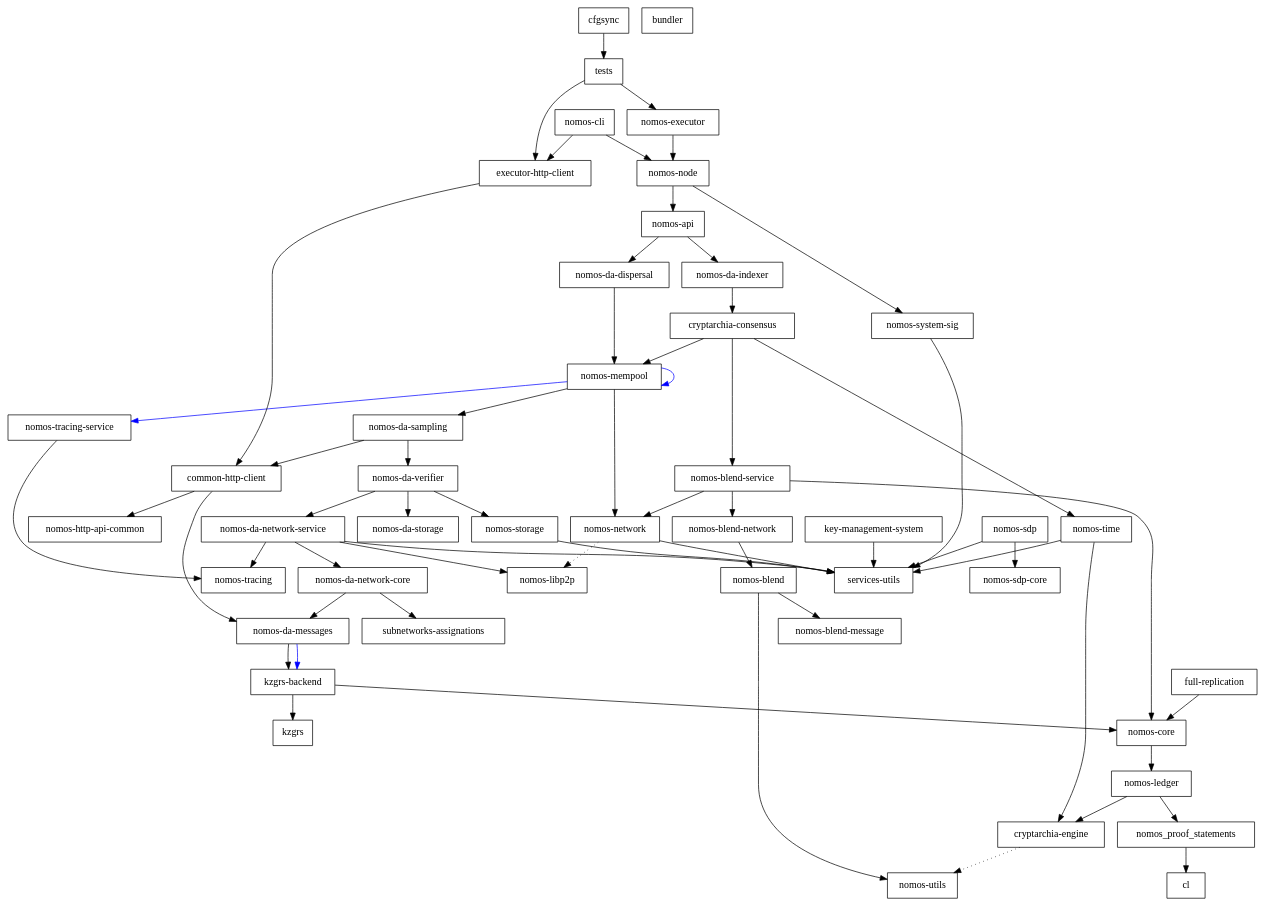
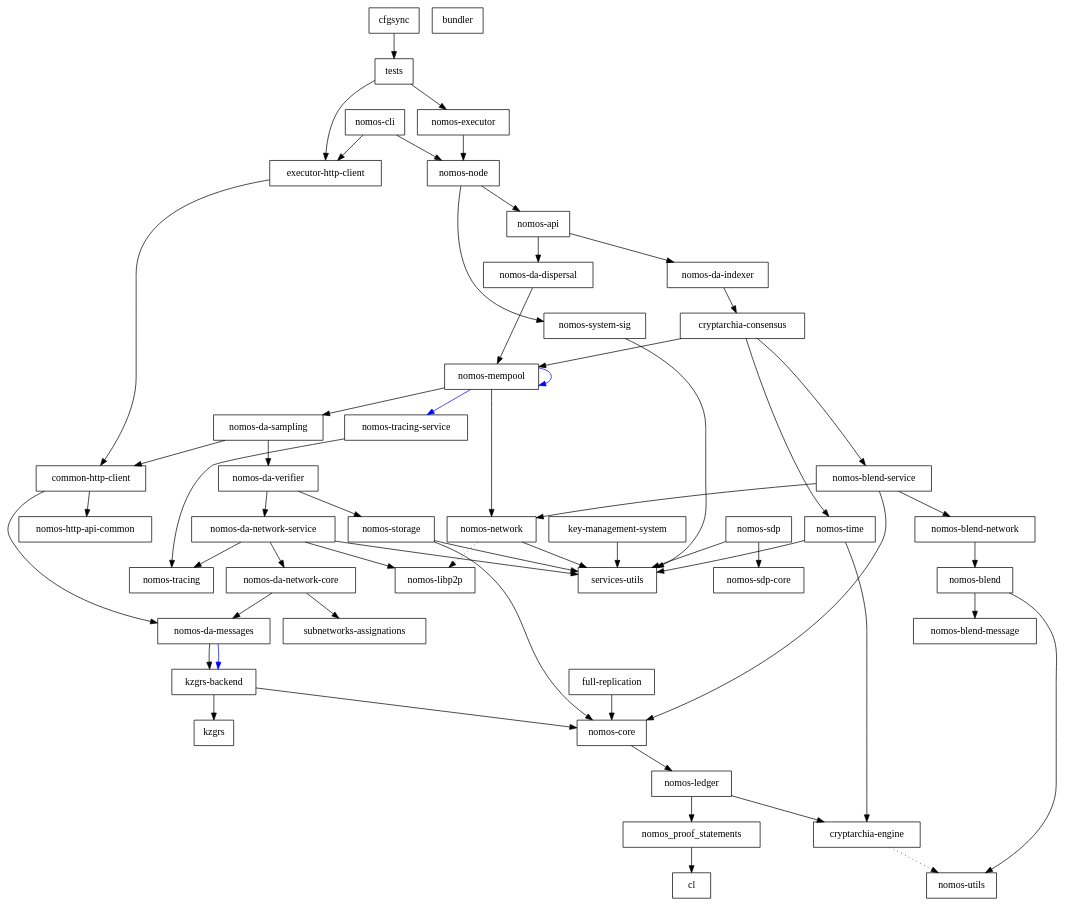
The diagram in dependencies_graph.dot (Astro521/logos-blockchain), drawn with Graphviz before and after one commit. The commit also changed 35 other files, not shown here.

```diff
--- a/dependencies_graph.dot
+++ b/dependencies_graph.dot
@@ -1,106 +1,105 @@
 digraph {
     0 [ label = "cryptarchia-engine" shape = box]
     1 [ label = "nomos-utils" shape = box]
     2 [ label = "nomos-ledger" shape = box]
     3 [ label = "cl" shape = box]
     4 [ label = "nomos_proof_statements" shape = box]
     5 [ label = "nomos-http-api-common" shape = box]
     6 [ label = "nomos-executor" shape = box]
     7 [ label = "kzgrs-backend" shape = box]
     8 [ label = "kzgrs" shape = box]
     9 [ label = "nomos-core" shape = box]
     10 [ label = "nomos-api" shape = box]
     11 [ label = "cryptarchia-consensus" shape = box]
     12 [ label = "nomos-blend-service" shape = box]
     13 [ label = "nomos-blend" shape = box]
     14 [ label = "nomos-blend-message" shape = box]
     15 [ label = "nomos-blend-network" shape = box]
     16 [ label = "nomos-libp2p" shape = box]
     17 [ label = "nomos-network" shape = box]
     18 [ label = "services-utils" shape = box]
     19 [ label = "nomos-da-sampling" shape = box]
     20 [ label = "common-http-client" shape = box]
     21 [ label = "nomos-da-messages" shape = box]
     22 [ label = "nomos-da-network-core" shape = box]
     23 [ label = "subnetworks-assignations" shape = box]
     24 [ label = "nomos-da-network-service" shape = box]
     25 [ label = "nomos-tracing" shape = box]
-    26 [ label = "nomos-da-storage" shape = box]
-    27 [ label = "nomos-da-verifier" shape = box]
-    28 [ label = "nomos-storage" shape = box]
-    29 [ label = "nomos-mempool" shape = box]
-    30 [ label = "nomos-tracing-service" shape = box]
-    31 [ label = "nomos-time" shape = box]
-    32 [ label = "nomos-da-dispersal" shape = box]
-    33 [ label = "nomos-da-indexer" shape = box]
-    34 [ label = "nomos-node" shape = box]
-    35 [ label = "nomos-system-sig" shape = box]
-    36 [ label = "executor-http-client" shape = box]
-    37 [ label = "bundler" shape = box]
-    38 [ label = "nomos-cli" shape = box]
-    39 [ label = "full-replication" shape = box]
-    40 [ label = "nomos-sdp-core" shape = box]
-    41 [ label = "key-management-system" shape = box]
-    42 [ label = "nomos-sdp" shape = box]
-    43 [ label = "cfgsync" shape = box]
-    44 [ label = "tests" shape = box]
+    26 [ label = "nomos-da-verifier" shape = box]
+    27 [ label = "nomos-storage" shape = box]
+    28 [ label = "nomos-mempool" shape = box]
+    29 [ label = "nomos-tracing-service" shape = box]
+    30 [ label = "nomos-time" shape = box]
+    31 [ label = "nomos-da-dispersal" shape = box]
+    32 [ label = "nomos-da-indexer" shape = box]
+    33 [ label = "nomos-node" shape = box]
+    34 [ label = "nomos-system-sig" shape = box]
+    35 [ label = "executor-http-client" shape = box]
+    36 [ label = "bundler" shape = box]
+    37 [ label = "nomos-cli" shape = box]
+    38 [ label = "full-replication" shape = box]
+    39 [ label = "nomos-sdp-core" shape = box]
+    40 [ label = "key-management-system" shape = box]
+    41 [ label = "nomos-sdp" shape = box]
+    42 [ label = "cfgsync" shape = box]
+    43 [ label = "tests" shape = box]
     0 -> 1 [ style = dotted]
     2 -> 0 [ ]
     2 -> 4 [ ]
     4 -> 3 [ ]
-    6 -> 34 [ ]
+    6 -> 33 [ ]
     7 -> 8 [ ]
     7 -> 9 [ ]
     9 -> 2 [ ]
+    10 -> 31 [ ]
     10 -> 32 [ ]
-    10 -> 33 [ ]
     11 -> 12 [ ]
-    11 -> 29 [ ]
-    11 -> 31 [ ]
+    11 -> 28 [ ]
+    11 -> 30 [ ]
     12 -> 15 [ ]
     12 -> 9 [ ]
     12 -> 17 [ ]
     13 -> 14 [ ]
     13 -> 1 [ ]
     15 -> 13 [ ]
     17 -> 16 [ style = dotted]
     17 -> 18 [ ]
     19 -> 20 [ ]
-    19 -> 27 [ ]
+    19 -> 26 [ ]
     20 -> 21 [ ]
     20 -> 5 [ ]
     21 -> 7 [ ]
     21 -> 7 [ color = blue]
     22 -> 21 [ ]
     22 -> 23 [ ]
     24 -> 22 [ ]
     24 -> 16 [ ]
     24 -> 25 [ ]
     24 -> 18 [ ]
-    27 -> 24 [ ]
-    27 -> 26 [ ]
-    27 -> 28 [ ]
-    28 -> 18 [ ]
-    29 -> 19 [ ]
-    29 -> 29 [ color = blue]
-    29 -> 17 [ ]
-    29 -> 30 [ color = blue]
-    30 -> 25 [ ]
-    31 -> 0 [ ]
-    31 -> 18 [ ]
-    32 -> 29 [ ]
-    33 -> 11 [ ]
-    34 -> 10 [ ]
-    34 -> 35 [ ]
-    35 -> 18 [ ]
-    36 -> 20 [ ]
-    38 -> 36 [ ]
-    38 -> 34 [ ]
-    39 -> 9 [ ]
+    26 -> 24 [ ]
+    26 -> 27 [ ]
+    27 -> 9 [ ]
+    27 -> 18 [ ]
+    28 -> 19 [ ]
+    28 -> 28 [ color = blue]
+    28 -> 17 [ ]
+    28 -> 29 [ color = blue]
+    29 -> 25 [ ]
+    30 -> 0 [ ]
+    30 -> 18 [ ]
+    31 -> 28 [ ]
+    32 -> 11 [ ]
+    33 -> 10 [ ]
+    33 -> 34 [ ]
+    34 -> 18 [ ]
+    35 -> 20 [ ]
+    37 -> 35 [ ]
+    37 -> 33 [ ]
+    38 -> 9 [ ]
+    40 -> 18 [ ]
+    41 -> 39 [ ]
     41 -> 18 [ ]
-    42 -> 40 [ ]
-    42 -> 18 [ ]
-    43 -> 44 [ ]
-    44 -> 36 [ ]
-    44 -> 6 [ ]
+    42 -> 43 [ ]
+    43 -> 35 [ ]
+    43 -> 6 [ ]
 }
```
